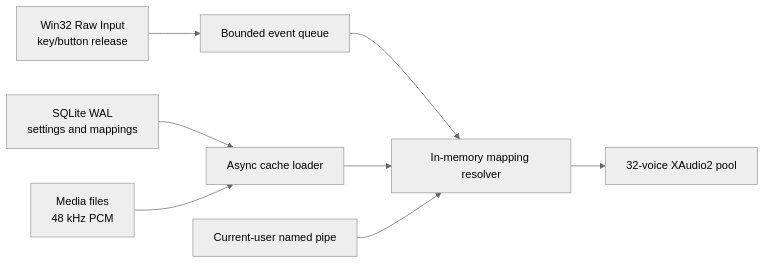
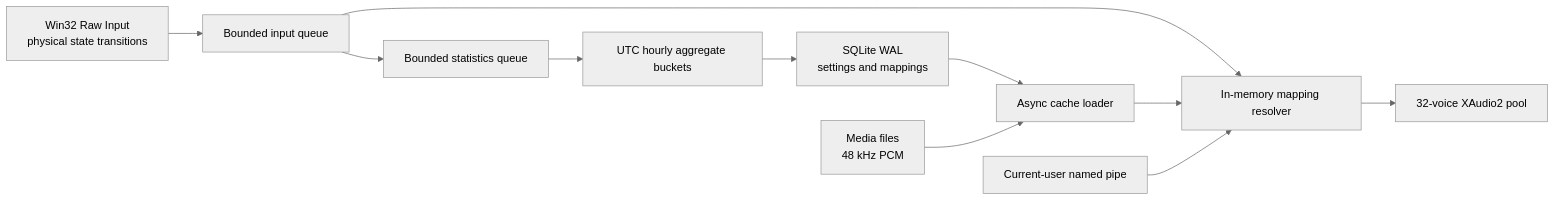
The diagram in README.md (Fallax-Vision/keyclick), drawn with Mermaid (neutral theme) before and after one commit. The commit also changed other lines of this file and 89 other files, not shown here.

````diff
--- a/README.md
+++ b/README.md
@@ -23,10 +31,13 @@
 ```mermaid
 flowchart LR
-  I["Win32 Raw Input\nkey/button release"] --> Q["Bounded event queue"]
+  I["Win32 Raw Input\nphysical state transitions"] --> Q["Bounded input queue"]
   Q --> R["In-memory mapping resolver"]
   R --> A["32-voice XAudio2 pool"]
+  Q --> SQ["Bounded statistics queue"]
+  SQ --> G["UTC hourly aggregate buckets"]
+  G --> S
   S["SQLite WAL\nsettings and mappings"] --> C["Async cache loader"]
   C --> R
   M["Media files\n48 kHz PCM"] --> C
   P["Current-user named pipe"] --> R
 ```
````
